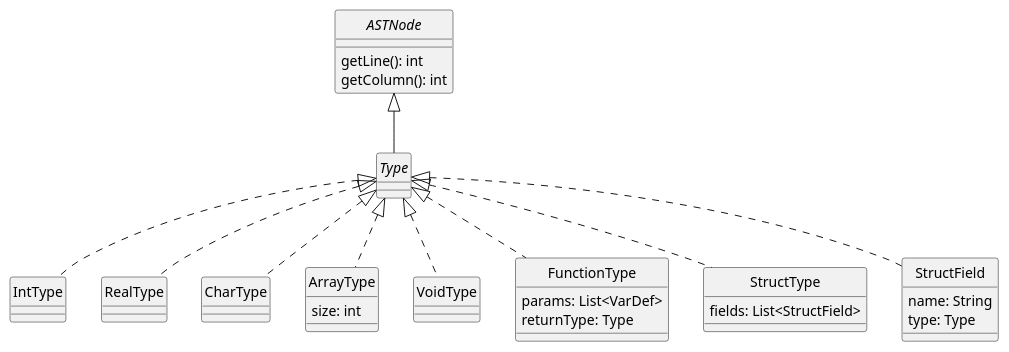
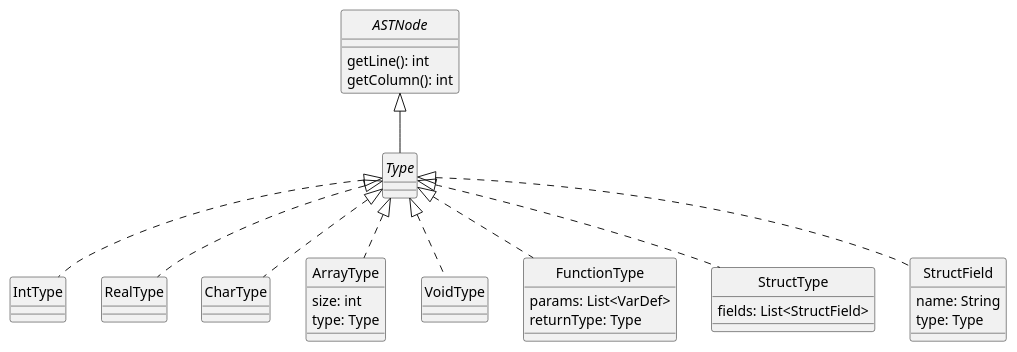
The diagram in docs/diagrams/types.plantuml (uo271288/dlp-compiler), drawn with PlantUML before and after one commit. The commit also changed 2 other files, not shown here.

Commit message:
Diagrams updated

```diff
--- a/docs/diagrams/types.plantuml
+++ b/docs/diagrams/types.plantuml
@@ -1,48 +1,49 @@
 @startuml Types
 skinparam style strictuml
 skinparam monochrome true
 
 interface ASTNode {
     getLine(): int
     getColumn(): int
 }
 
 interface Type
 
 class IntType
 
 class RealType
 
 class CharType
 
 class ArrayType {
     size: int
+    type: Type
 }
 
 class VoidType
 
 class FunctionType {
     params: List<VarDef>
     returnType: Type
 }
 
 class StructType {
     fields: List<StructField>
 }
 
 class StructField {
     name: String
     type: Type
 }
 
 ASTNode <|-- Type
 Type <|.. IntType
 Type <|.. RealType
 Type <|.. CharType
 Type <|.. ArrayType
 Type <|.. VoidType
 Type <|.. FunctionType
 Type <|.. StructType
 Type <|.. StructField
 
 @enduml
```
